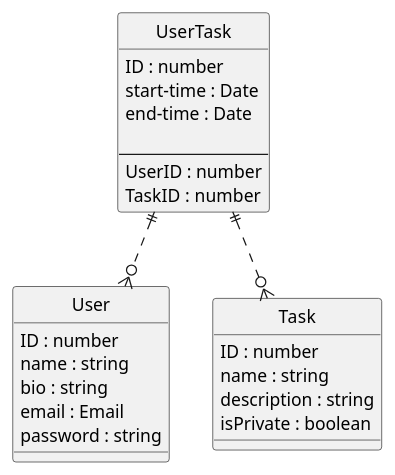
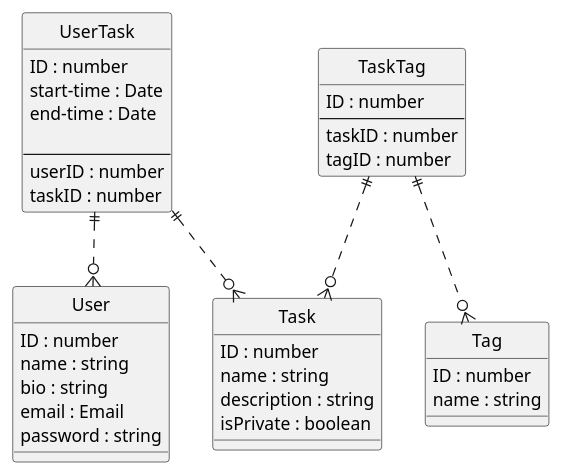
One commit to 2ndr9/RaTtAco changed the diagram in docs/er-figure.pu. Above: the diagram before and after it, drawn with PlantUML. The commit also changed 1 other file, not shown here.

Commit message:
update er-figure

```diff
--- a/docs/er-figure.pu
+++ b/docs/er-figure.pu
@@ -1,37 +1,52 @@
 @startuml er
 
 ' hide the spot
 hide circle
 
 ' avoid problems with angled crows feet
 ' skinparam linetype ortho
 
 entity "User" {
     ID : number
     name : string
     bio : string
     email : Email
     password : string
 }
 
 entity "Task" {
     ID : number
     name : string
     description : string
     isPrivate : boolean
 }
 
 entity "UserTask" {
     ID : number
     start-time : Date
     end-time : Date
 
     --
-    UserID : number
-    TaskID : number
+    userID : number
+    taskID : number
+}
+
+entity "Tag"{
+    ID : number
+    name : string
+
+}
+
+entity "TaskTag"{
+    ID : number
+    --
+    taskID : number
+    tagID : number
 }
 
 UserTask ||..o{ User
 UserTask ||..o{ Task
 
+TaskTag ||..o{ Task
+TaskTag ||..o{ Tag 
 @enduml
```
